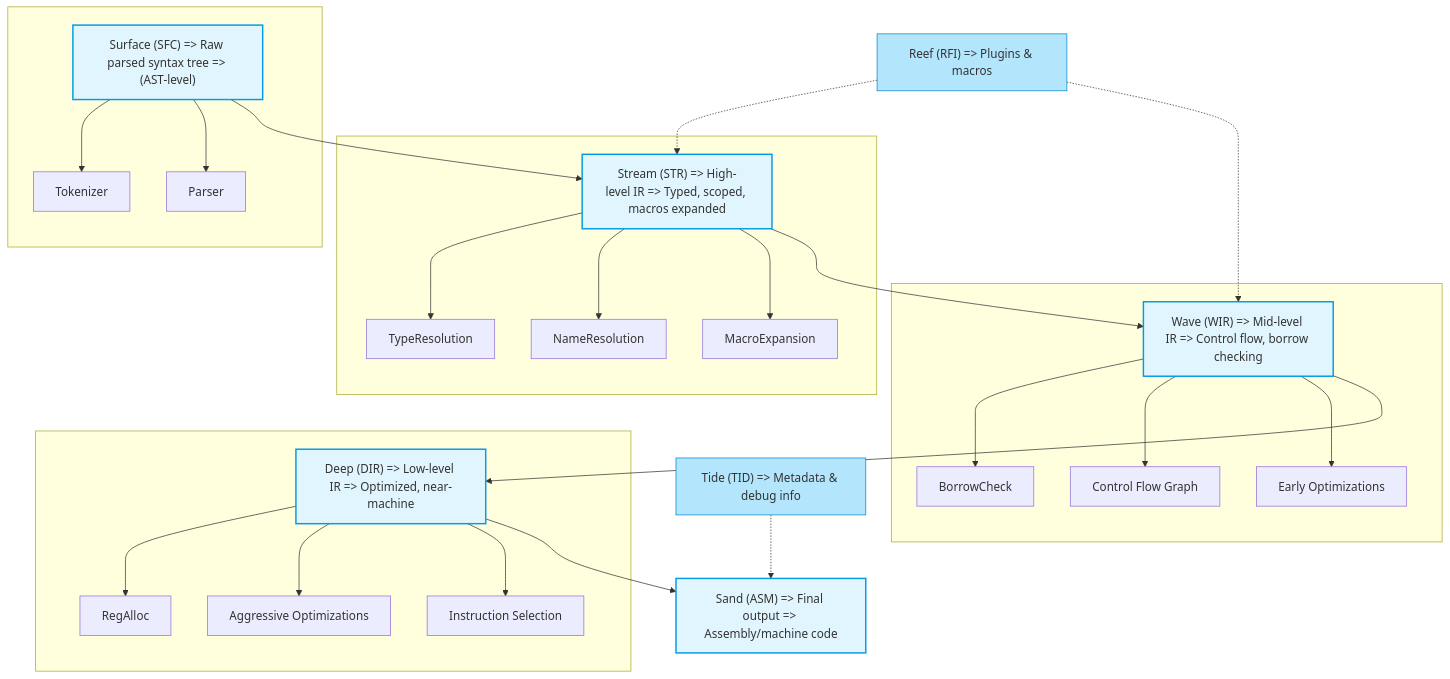
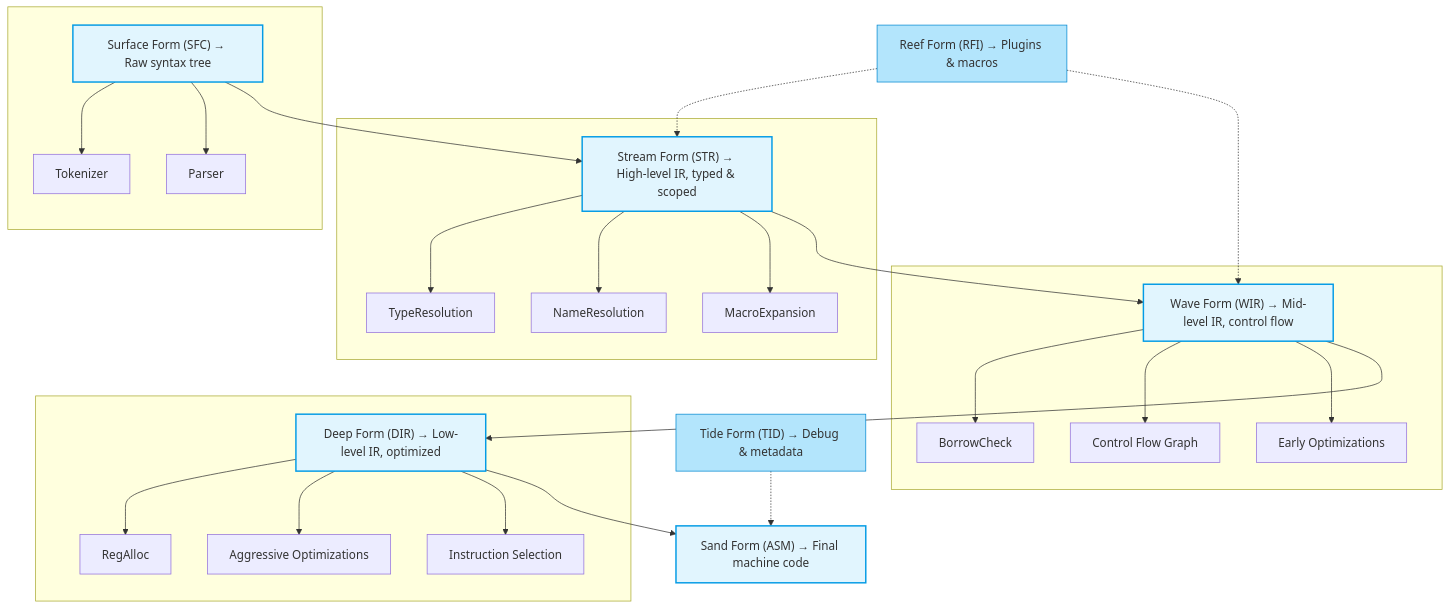
Before and after one commit to liagha/axo: the diagram in src/parser/README.md, drawn with Mermaid. The commit also changed other lines of this file, not shown here.

````diff
--- a/src/parser/README.md
+++ b/src/parser/README.md
@@ -51,51 +78,51 @@
 ```mermaid
 flowchart TD
 %% Main Stages
-    SFC["Surface (SFC) => Raw parsed syntax tree => (AST-level)"]
-    STR["Stream (STR) => High-level IR => Typed, scoped, macros expanded"]
-    WIR["Wave (WIR) => Mid-level IR => Control flow, borrow checking"]
-    DIR["Deep (DIR) => Low-level IR => Optimized, near-machine"]
-    ASM["Sand (ASM) => Final output => Assembly/machine code"]
+    SFC["Surface Form (SFC) → Raw syntax tree"]
+    STR["Stream Form (STR) → High-level IR, typed & scoped"]
+    WIR["Wave Form (WIR) → Mid-level IR, control flow"]
+    DIR["Deep Form (DIR) → Low-level IR, optimized"]
+    ASM["Sand Form (ASM) → Final machine code"]
 
 %% Tooling Extensions
-    TID["Tide (TID) => Metadata & debug info"]
-    RFI["Reef (RFI) => Plugins & macros"]
+    TID["Tide Form (TID) → Debug & metadata"]
+    RFI["Reef Form (RFI) → Plugins & macros"]
 
 %% Sub-levels (Expandable)
 subgraph SurfaceDetails[" "]
 SFC --> Tokenizer
 SFC --> Parser
 end
 
 subgraph StreamDetails[" "]
 STR --> TypeResolution
 STR --> NameResolution
 STR --> MacroExpansion
 end
 
 subgraph WaveDetails[" "]
 WIR --> BorrowCheck
 WIR --> CFG["Control Flow Graph"]
 WIR --> Opt1["Early Optimizations"]
 end
 
 subgraph DeepDetails[" "]
 DIR --> RegAlloc
 DIR --> Opt2["Aggressive Optimizations"]
 DIR --> ISel["Instruction Selection"]
 end
 
 %% Pipeline Flow
 SFC --> STR --> WIR --> DIR --> ASM
 
 %% Tooling Connections
 RFI -.-> STR
 RFI -.-> WIR
 TID -.-> ASM
 
 %% Styling
 classDef stage fill:#e1f5fe,stroke:#039be5,stroke-width:2px
 classDef tool fill:#b3e5fc,stroke:#0288d1,dashed
 class SFC,STR,WIR,DIR,ASM stage
 class TID,RFI tool
 ```
````
